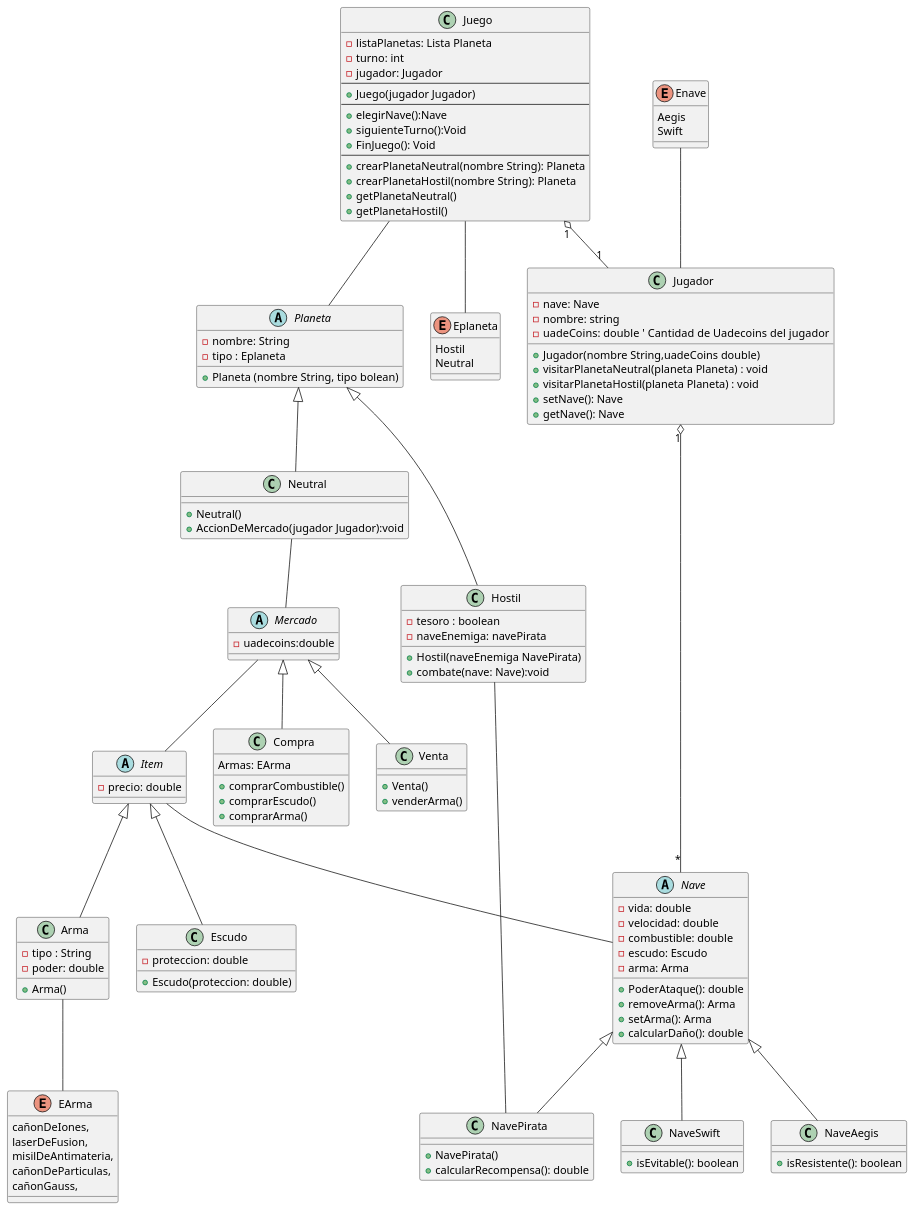
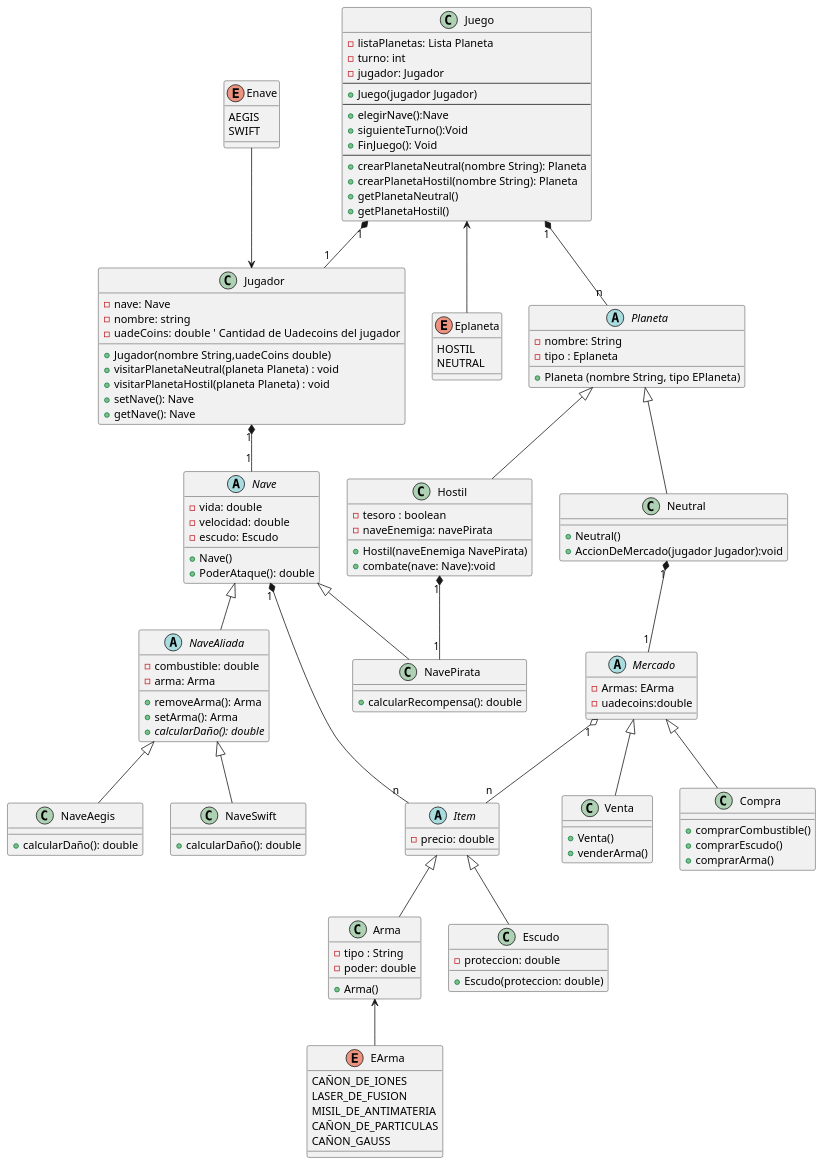
One commit to ianlio-git/LostGalaxy changed the diagram in src/TPO_classDiagram/TPO_ClassDiagram.puml. Above: the diagram before and after it, drawn with PlantUML. The commit also changed 1 other file, not shown here.

Commit message:
Diagrama de clases modificado

```diff
--- a/src/TPO_classDiagram/TPO_ClassDiagram.puml
+++ b/src/TPO_classDiagram/TPO_ClassDiagram.puml
@@ -3,142 +3,139 @@
 @startuml
-
 'class Juego
-Juego -- Planeta
-Juego "1" o-- "1" Jugador
-
-Jugador "1" o-- "*" Nave
+Enave --> Jugador
 enum Enave{
-    Aegis
-    Swift
+    AEGIS
+    SWIFT
 }
-Juego -- Eplaneta
+Juego <-- Eplaneta
 enum Eplaneta{
-    Hostil
-    Neutral
+    HOSTIL
+    NEUTRAL
 }
-Arma -- EArma
+Arma <-- EArma
 enum EArma{
-   cañonDeIones,
-   laserDeFusion,
-   misilDeAntimateria,
-   cañonDeParticulas,
-   cañonGauss,
+   CAÑON_DE_IONES
+   LASER_DE_FUSION
+   MISIL_DE_ANTIMATERIA
+   CAÑON_DE_PARTICULAS
+   CAÑON_GAUSS
 }
+Juego "1" *-- "n" Planeta
+Juego "1" *-- "1" Jugador
 class Juego {
     - listaPlanetas: Lista Planeta
     - turno: int
     - jugador: Jugador
     --
     + Juego(jugador Jugador)
     --
     + elegirNave():Nave
     + siguienteTurno():Void
     + FinJuego(): Void
     --
     + crearPlanetaNeutral(nombre String): Planeta
     + crearPlanetaHostil(nombre String): Planeta
     + getPlanetaNeutral()
     + getPlanetaHostil()
 }
-Enave -- Jugador
+Jugador "1" *-- "1" Nave
 'class Jugador
 class Jugador {
     - nave: Nave
     - nombre: string
     - uadeCoins: double  ' Cantidad de Uadecoins del jugador
 
     + Jugador(nombre String,uadeCoins double)
     + visitarPlanetaNeutral(planeta Planeta) : void
     + visitarPlanetaHostil(planeta Planeta) : void
     + setNave(): Nave
     + getNave(): Nave
 }
 
 'class Nave
-
 abstract class Nave {
     - vida: double
     - velocidad: double
-    - combustible: double
     - escudo: Escudo
-    - arma: Arma
+    + Nave()
     + PoderAtaque(): double
-    + removeArma(): Arma
-    + setArma(): Arma
-    + calcularDaño(): double
+
 }
-Item -- Nave
+abstract class NaveAliada extends Nave{
+ - combustible: double
+ - arma: Arma
+ + removeArma(): Arma
+ + setArma(): Arma
+ + {abstract} calcularDaño(): double
+}
+' Clase para Nave Aegis
+class NaveAegis extends NaveAliada{
++ calcularDaño(): double
+}
+' Clase para Nave Swift
+class NaveSwift extends NaveAliada {
++ calcularDaño(): double
+}
+Nave "1"*--"n" Item
 abstract class Item{
 - precio: double
 
 }
 'class Arma
 class Arma extends Item{
     - tipo : String
     - poder: double
     + Arma()
 
 }
 
 'class Escudo
 class Escudo extends Item {
     - proteccion: double
     + Escudo(proteccion: double)
 }
-' Clase para Nave Aegis
-class NaveAegis extends Nave{
-    + isResistente(): boolean
-}
-
-' Clase para Nave Swift
-class NaveSwift extends Nave {
-    + isEvitable(): boolean
-}
+Hostil "1"*--"1" NavePirata
 'class Enemigo
 class NavePirata extends Nave {
-
-    + NavePirata()
     + calcularRecompensa(): double
 }
 
 'class Planeta
 
-Hostil -- NavePirata
-Neutral -- Mercado
-
+Neutral "1"*--"1" Mercado
 abstract class Planeta {
     - nombre: String
     - tipo : Eplaneta
-    + Planeta (nombre String, tipo bolean)
+    + Planeta (nombre String, tipo EPlaneta)
 }
 
 'class Mercado
 class Neutral extends Planeta{
     + Neutral()
     + AccionDeMercado(jugador Jugador):void
 }
-Mercado -- Item
+Mercado "1" o-- "n" Item
 Abstract class Mercado {
+    -Armas: EArma
     -uadecoins:double
 }
 class Venta extends Mercado{
     + Venta()
     + venderArma()
 }
 class Compra extends Mercado{
-    Armas: EArma
     + comprarCombustible()
     + comprarEscudo()
     + comprarArma()
 }
 
 ' Subclase de Planeta: Hostil
 class Hostil extends Planeta{
     - tesoro : boolean
     - naveEnemiga: navePirata
     + Hostil(naveEnemiga NavePirata)
     + combate(nave: Nave):void
 }
 
 
 @enduml
```
